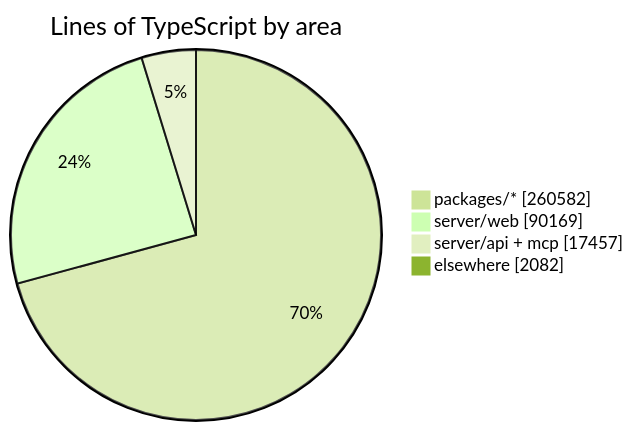
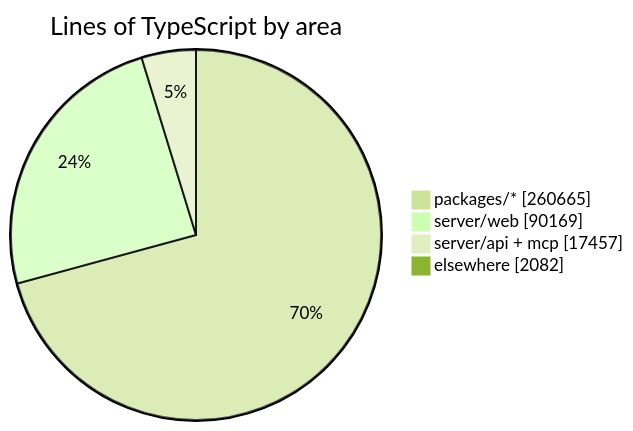
Before and after one commit to crossworks-engineering/mantle: the diagram in README.md, drawn with Mermaid (forest theme). The commit also changed other lines of this file and 2 other files, not shown here.

````diff
--- a/README.md
+++ b/README.md
@@ -287,7 +287,7 @@
 ```mermaid
 pie showData title Lines of TypeScript by area
-    "packages/*" : 260582
+    "packages/*" : 260665
     "server/web" : 90169
     "server/api + mcp" : 17457
     "elsewhere" : 2082
 ```
````
